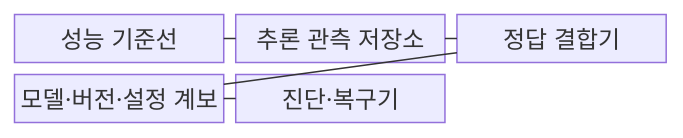
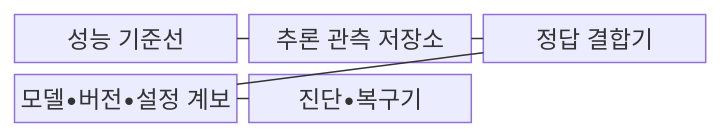
Before and after one commit to agnusdei1207/knowledge-base: the first of 2 diagrams in src/content/docs/notes/08-latest-tech/136_model_drift.md, drawn with Mermaid. The commit also changed other lines of this file and 953 other files, not shown here.

````diff
--- a/src/content/docs/notes/08-latest-tech/136_model_drift.md
+++ b/src/content/docs/notes/08-latest-tech/136_model_drift.md
@@ -64,13 +64,13 @@
 ```mermaid
 block-beta
     columns 3
     B["성능 기준선"]
     L["추론 관측 저장소"]
     G["정답 결합기"]
-    V["모델·버전·설정 계보"]
-    R["진단·복구기"]
+    V["모델•버전•설정 계보"]
+    R["진단•복구기"]
     B --- L
     L --- G
     G --- V
     V --- R
 ```
````
